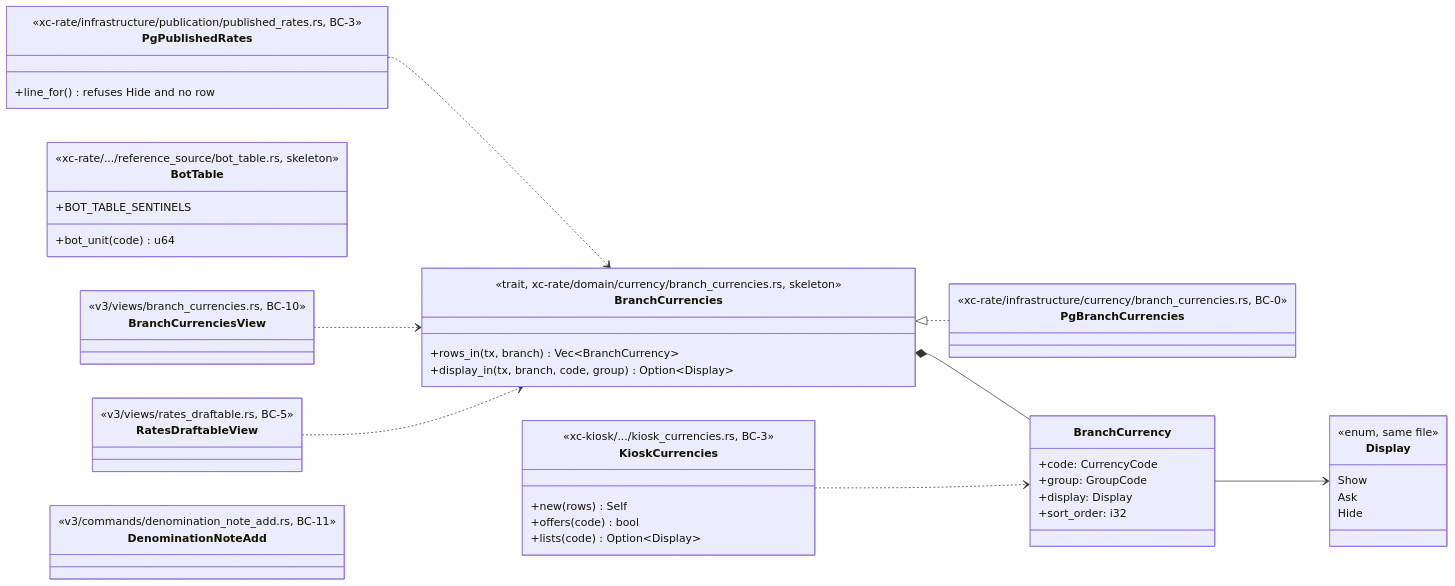
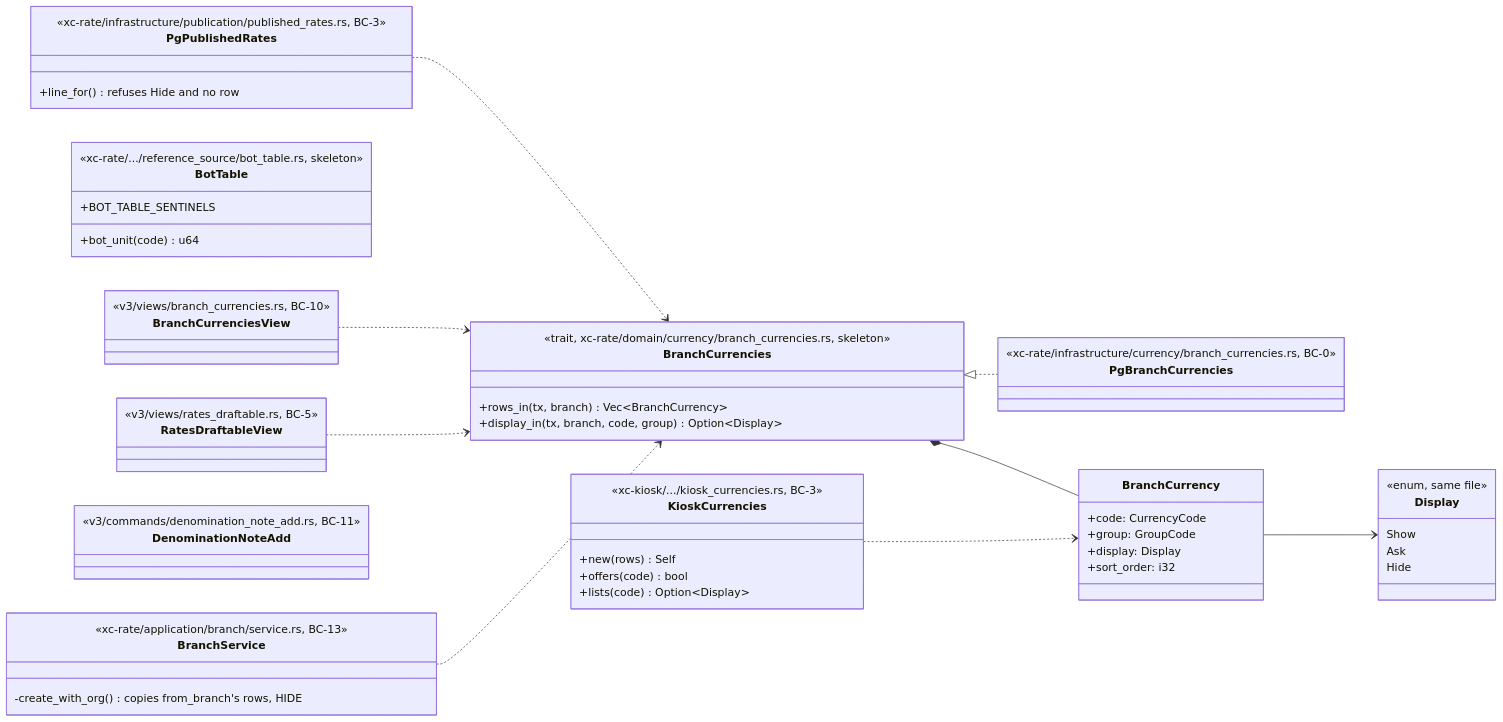
One commit to yuthstyle88/xchange-dev changed the diagram in docs/design/board-currencies.md. Above: the diagram before and after it, drawn with Mermaid. The commit also changed other lines of this file, not shown here.

First line of the commit message:
docs(design): fold the owner's answers into the branch currency set (#564) (#6077)

````diff
--- a/docs/design/board-currencies.md
+++ b/docs/design/board-currencies.md
@@ -254,55 +259,60 @@
 ```mermaid
 classDiagram
     direction LR
     class BranchCurrencies {
         <<trait, xc-rate/domain/currency/branch_currencies.rs, skeleton>>
         +rows_in(tx, branch) Vec~BranchCurrency~
         +display_in(tx, branch, code, group) Option~Display~
     }
     class BranchCurrency {
         +code: CurrencyCode
         +group: GroupCode
         +display: Display
         +sort_order: i32
     }
     class Display {
         <<enum, same file>>
         Show
         Ask
         Hide
     }
     class PgBranchCurrencies {
         <<xc-rate/infrastructure/currency/branch_currencies.rs, BC-0>>
     }
     class PgPublishedRates {
         <<xc-rate/infrastructure/publication/published_rates.rs, BC-3>>
         +line_for() refuses Hide and no row
     }
     class KioskCurrencies {
         <<xc-kiosk/.../kiosk_currencies.rs, BC-3>>
         +new(rows) Self
         +offers(code) bool
         +lists(code) Option~Display~
     }
     class BotTable {
         <<xc-rate/.../reference_source/bot_table.rs, skeleton>>
         +BOT_TABLE_SENTINELS
         +bot_unit(code) u64
     }
     class BranchCurrenciesView {
         <<v3/views/branch_currencies.rs, BC-10>>
     }
     class RatesDraftableView {
         <<v3/views/rates_draftable.rs, BC-5>>
     }
     class DenominationNoteAdd {
         <<v3/commands/denomination_note_add.rs, BC-11>>
     }
+    class BranchService {
+        <<xc-rate/application/branch/service.rs, BC-13>>
+        -create_with_org() copies from_branch's rows, HIDE
+    }
     BranchCurrencies <|.. PgBranchCurrencies
     BranchCurrencies *-- BranchCurrency
     BranchCurrency --> Display
     PgPublishedRates ..> BranchCurrencies
     KioskCurrencies ..> BranchCurrency
     BranchCurrenciesView ..> BranchCurrencies
     RatesDraftableView ..> BranchCurrencies
+    BranchService ..> BranchCurrencies
 ```
````
